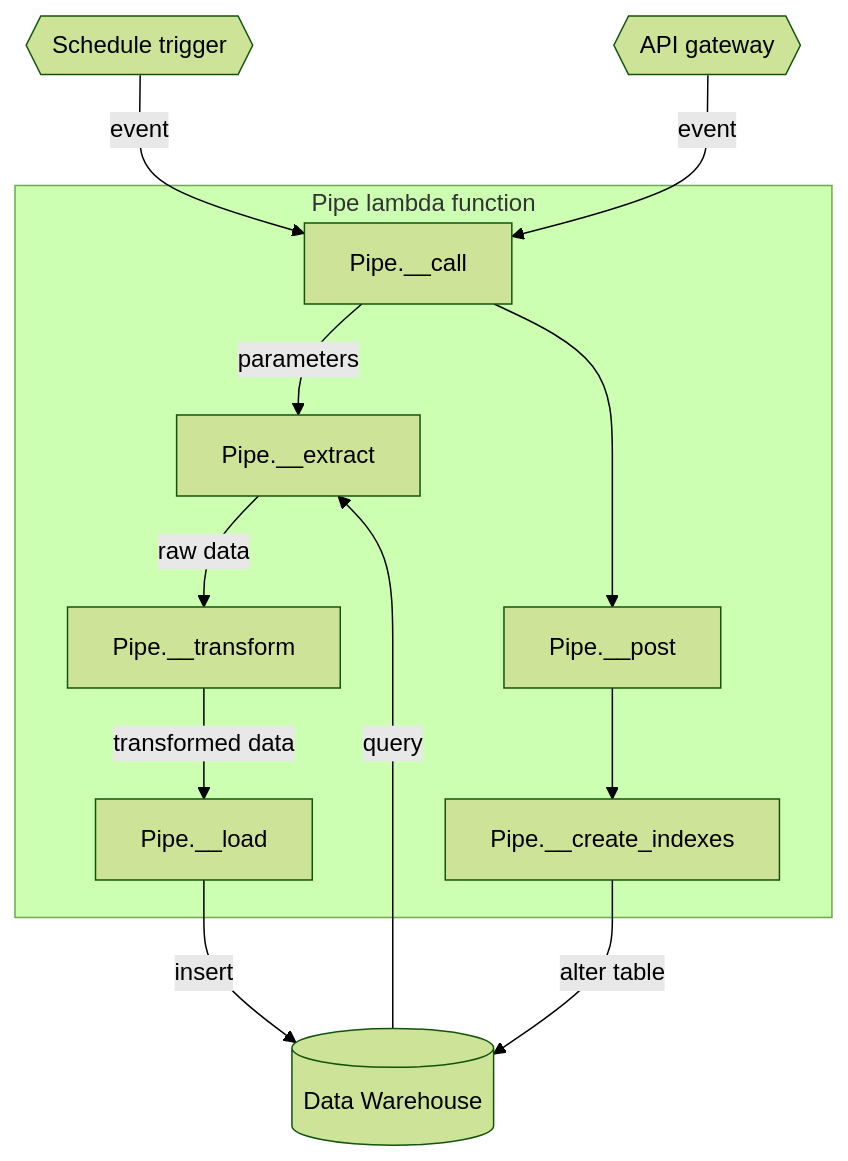
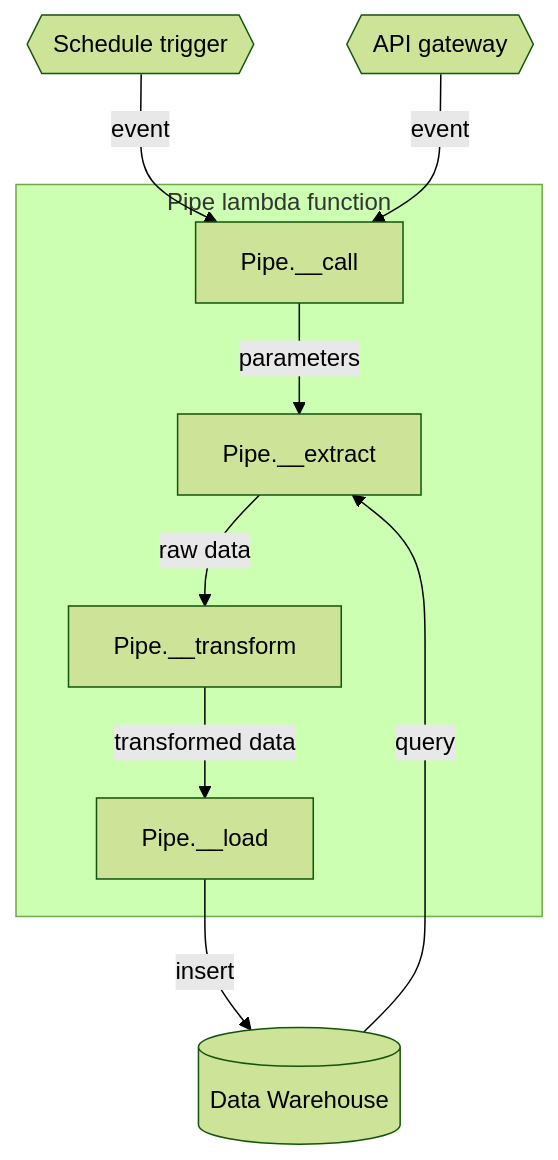
Before and after one commit to alexiscolinfr/aws-lambda-etl: the diagram in README.md, drawn with Mermaid (forest theme).

Commit message:
fix: architecture flowchart

````diff
--- a/README.md
+++ b/README.md
@@ -7,26 +7,21 @@
 ```mermaid
 flowchart TB
     schedule{{Schedule trigger}}
     api{{API gateway}}
     dwh[(Data Warehouse)]
 
     subgraph Pipe lambda function
         pipe[Pipe.__call]
         extract[Pipe.__extract]
         transform[Pipe.__transform]
         load[Pipe.__load]
-        post[Pipe.__post]
-        indexes[Pipe.__create_indexes]
     end
 
     schedule -- event --> pipe
     api -- event --> pipe
     pipe -- parameters --> extract
     dwh -- query --> extract
     extract -- raw data --> transform
     transform -- transformed data --> load
     load -- insert --> dwh
-    pipe --> post
-    post --> indexes
-    indexes -- alter table --> dwh
 ```
````
